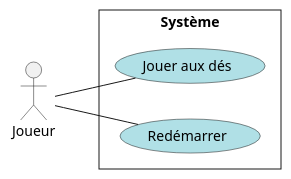
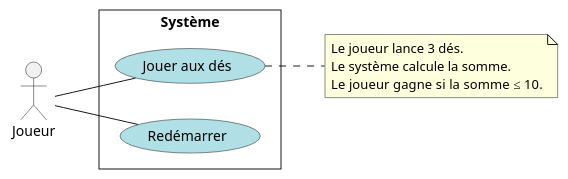
Before and after one commit to cc-probitaille/laboratoire-0-kingNomad3: the diagram in docs/modeles/dcu.puml, drawn with PlantUML. The commit also changed 7 other files, not shown here.

```diff
--- a/docs/modeles/dcu.puml
+++ b/docs/modeles/dcu.puml
@@ -1,14 +1,19 @@
 @startuml Diagramme de cas d'utilisation
 left to right direction
 skinparam style strictuml
 skinparam packageStyle rect
 skinparam backgroundcolor transparent
 skinparam defaultfontname Verdana
 actor Joueur as J
 rectangle "Système" {
   (Jouer aux dés) as JP #powderblue
   (Redémarrer) as R #powderblue
   J -- JP
   J -- R
 }
+note right of JP
+  Le joueur lance 3 dés.
+  Le système calcule la somme.
+  Le joueur gagne si la somme ≤ 10.
+end note
 @enduml
```
